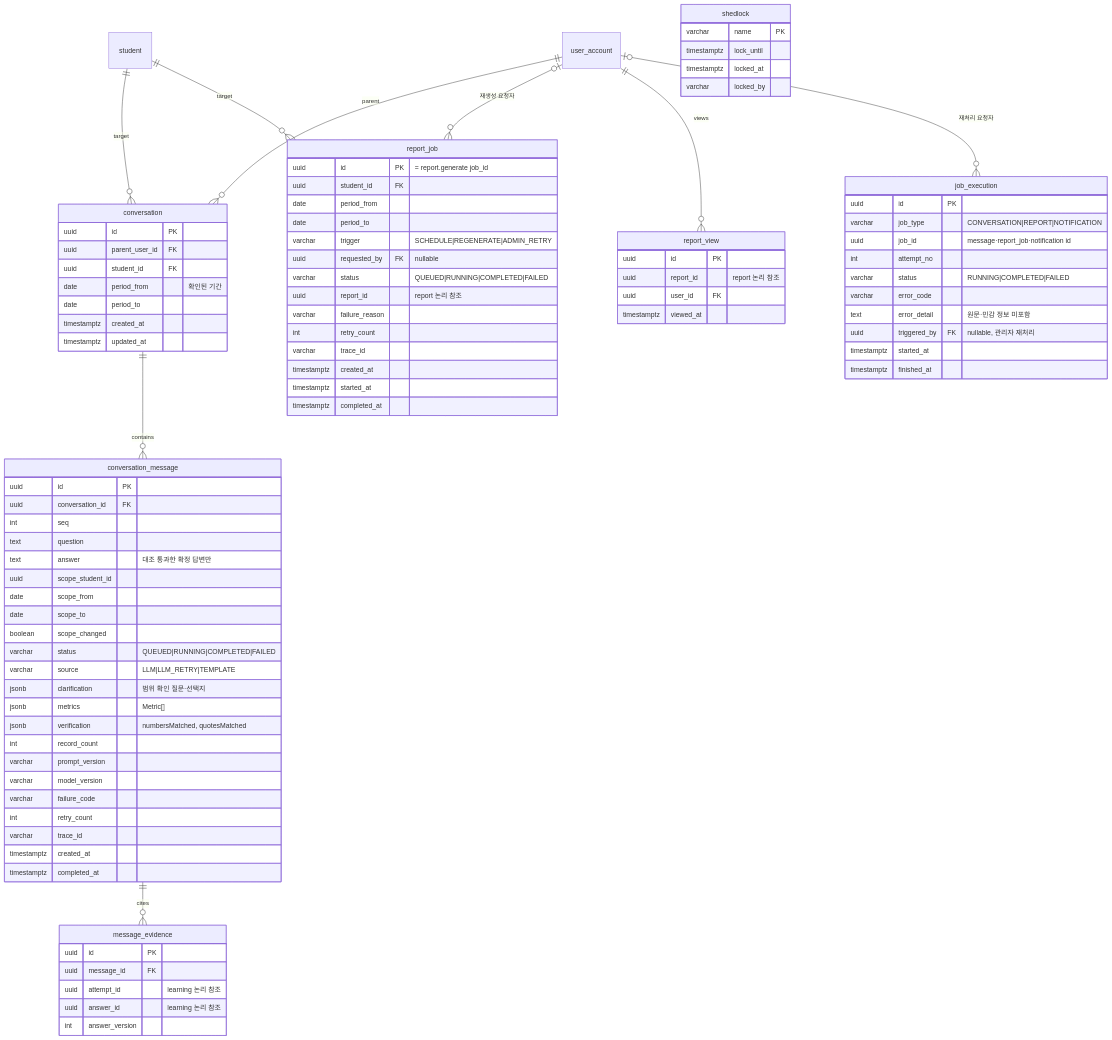
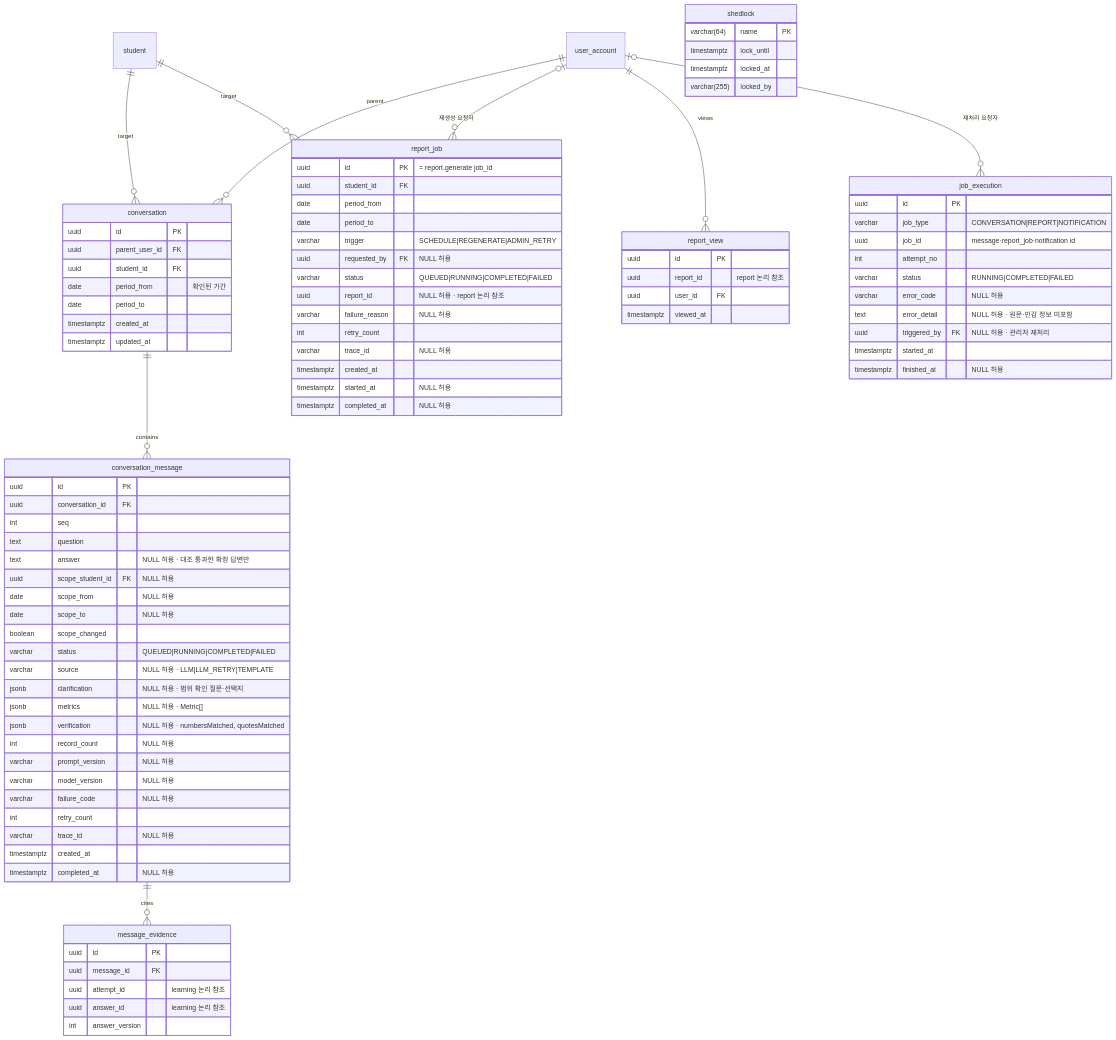
One commit to SKNETWORKS-FAMILY-AICAMP/SKN34-FINAL-3TEAM changed the second of 9 diagrams in docs/design/erd.md. Above: the diagram before and after it, drawn with Mermaid. The commit also changed other lines of this file and 2 other files, not shown here.

Commit message:
docs: 이슈 #5 ERD 계약과 후속 검토 범위 정리

````diff
--- a/docs/design/erd.md
+++ b/docs/design/erd.md
@@ -184,24 +187,24 @@
     uuid conversation_id FK
     int seq
     text question
-    text answer "대조 통과한 확정 답변만"
-    uuid scope_student_id
-    date scope_from
-    date scope_to
+    text answer "NULL 허용 · 대조 통과한 확정 답변만"
+    uuid scope_student_id FK "NULL 허용"
+    date scope_from "NULL 허용"
+    date scope_to "NULL 허용"
     boolean scope_changed
     varchar status "QUEUED|RUNNING|COMPLETED|FAILED"
-    varchar source "LLM|LLM_RETRY|TEMPLATE"
-    jsonb clarification "범위 확인 질문·선택지"
-    jsonb metrics "Metric[]"
-    jsonb verification "numbersMatched, quotesMatched"
-    int record_count
-    varchar prompt_version
-    varchar model_version
-    varchar failure_code
+    varchar source "NULL 허용 · LLM|LLM_RETRY|TEMPLATE"
+    jsonb clarification "NULL 허용 · 범위 확인 질문·선택지"
+    jsonb metrics "NULL 허용 · Metric[]"
+    jsonb verification "NULL 허용 · numbersMatched, quotesMatched"
+    int record_count "NULL 허용"
+    varchar prompt_version "NULL 허용"
+    varchar model_version "NULL 허용"
+    varchar failure_code "NULL 허용"
     int retry_count
-    varchar trace_id
+    varchar trace_id "NULL 허용"
     timestamptz created_at
-    timestamptz completed_at
+    timestamptz completed_at "NULL 허용"
   }
   message_evidence {
     uuid id PK
@@ -216,15 +219,15 @@
     date period_from
     date period_to
     varchar trigger "SCHEDULE|REGENERATE|ADMIN_RETRY"
-    uuid requested_by FK "nullable"
+    uuid requested_by FK "NULL 허용"
     varchar status "QUEUED|RUNNING|COMPLETED|FAILED"
-    uuid report_id "report 논리 참조"
-    varchar failure_reason
+    uuid report_id "NULL 허용 · report 논리 참조"
+    varchar failure_reason "NULL 허용"
     int retry_count
-    varchar trace_id
+    varchar trace_id "NULL 허용"
     timestamptz created_at
-    timestamptz started_at
-    timestamptz completed_at
+    timestamptz started_at "NULL 허용"
+    timestamptz completed_at "NULL 허용"
   }
   job_execution {
     uuid id PK
@@ -232,11 +235,11 @@
     uuid job_id "message·report_job·notification id"
     int attempt_no
     varchar status "RUNNING|COMPLETED|FAILED"
-    varchar error_code
-    text error_detail "원문·민감 정보 미포함"
-    uuid triggered_by FK "nullable, 관리자 재처리"
+    varchar error_code "NULL 허용"
+    text error_detail "NULL 허용 · 원문·민감 정보 미포함"
+    uuid triggered_by FK "NULL 허용 · 관리자 재처리"
     timestamptz started_at
-    timestamptz finished_at
+    timestamptz finished_at "NULL 허용"
   }
   report_view {
     uuid id PK
@@ -245,9 +248,9 @@
     timestamptz viewed_at
   }
   shedlock {
-    varchar name PK
+    varchar(64) name PK
     timestamptz lock_until
     timestamptz locked_at
-    varchar locked_by
+    varchar(255) locked_by
   }
 ```
````
